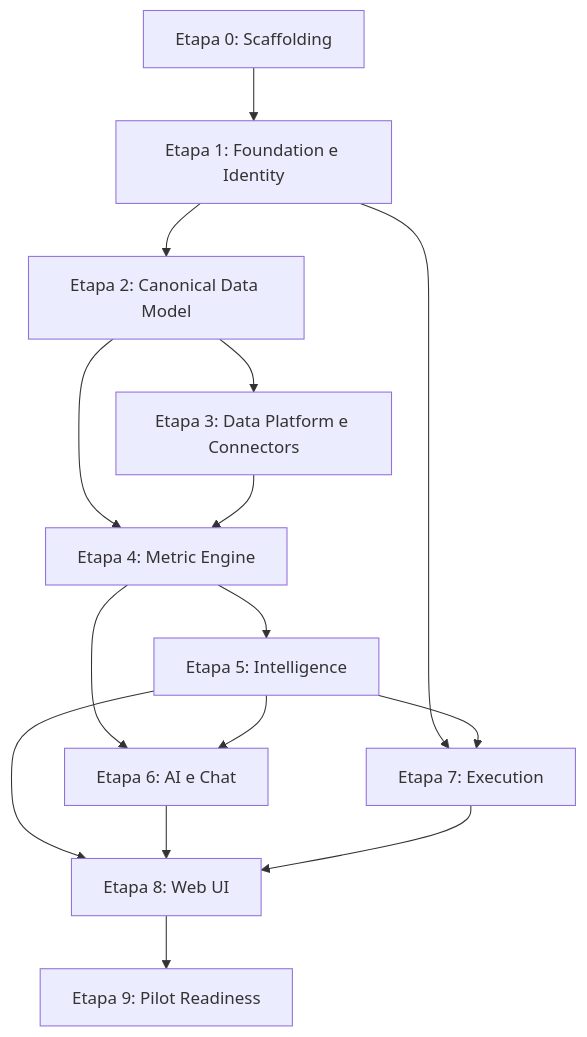
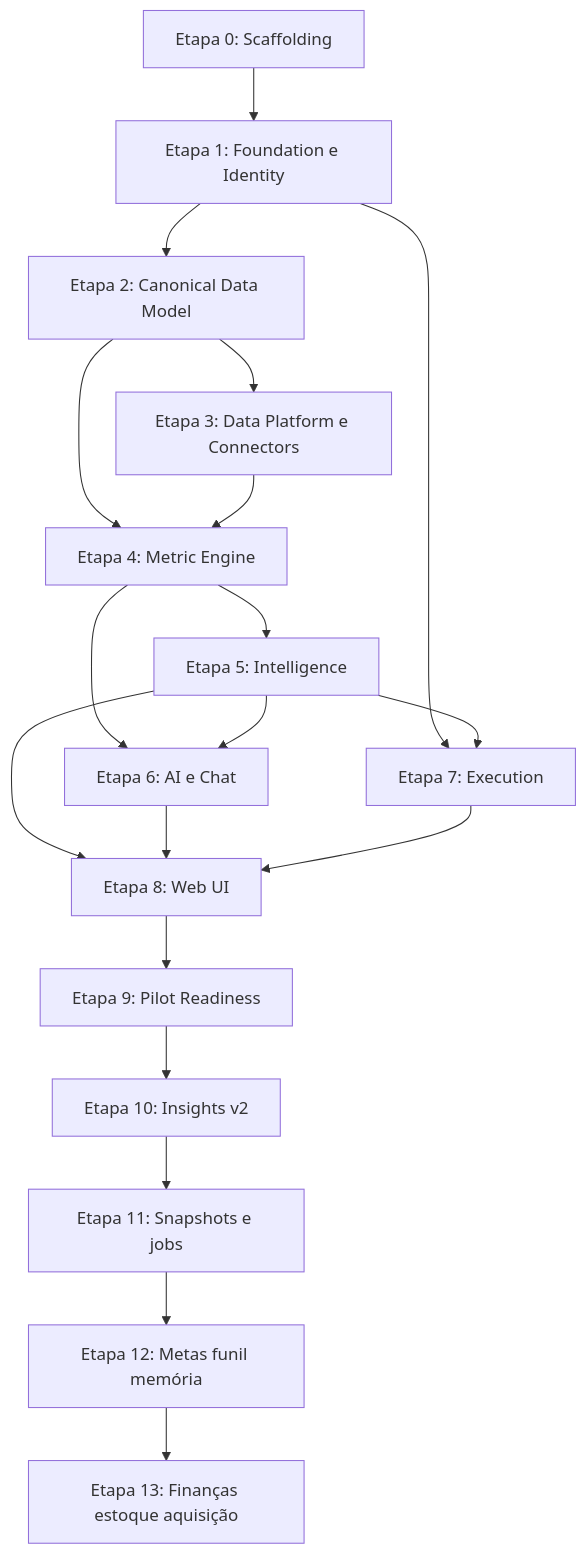
One commit to wesleyleandro7g/tactia changed the diagram in PLANO-EXECUCAO.md. Above: the diagram before and after it, drawn with Mermaid. The commit also changed other lines of this file and 1 other file, not shown here.

````diff
--- a/PLANO-EXECUCAO.md
+++ b/PLANO-EXECUCAO.md
@@ -60,17 +60,21 @@
 ```mermaid
 flowchart TD
     E0[Etapa 0: Scaffolding] --> E1[Etapa 1: Foundation e Identity]
     E1 --> E2[Etapa 2: Canonical Data Model]
     E2 --> E3[Etapa 3: Data Platform e Connectors]
     E2 --> E4[Etapa 4: Metric Engine]
     E3 --> E4
     E4 --> E5[Etapa 5: Intelligence]
     E4 --> E6[Etapa 6: AI e Chat]
     E5 --> E6
     E1 --> E7[Etapa 7: Execution]
     E5 --> E7
     E5 --> E8[Etapa 8: Web UI]
     E6 --> E8
     E7 --> E8
     E8 --> E9[Etapa 9: Pilot Readiness]
+    E9 --> E10[Etapa 10: Insights v2]
+    E10 --> E11[Etapa 11: Snapshots e jobs]
+    E11 --> E12[Etapa 12: Metas funil memória]
+    E12 --> E13[Etapa 13: Finanças estoque aquisição]
 ```
````
